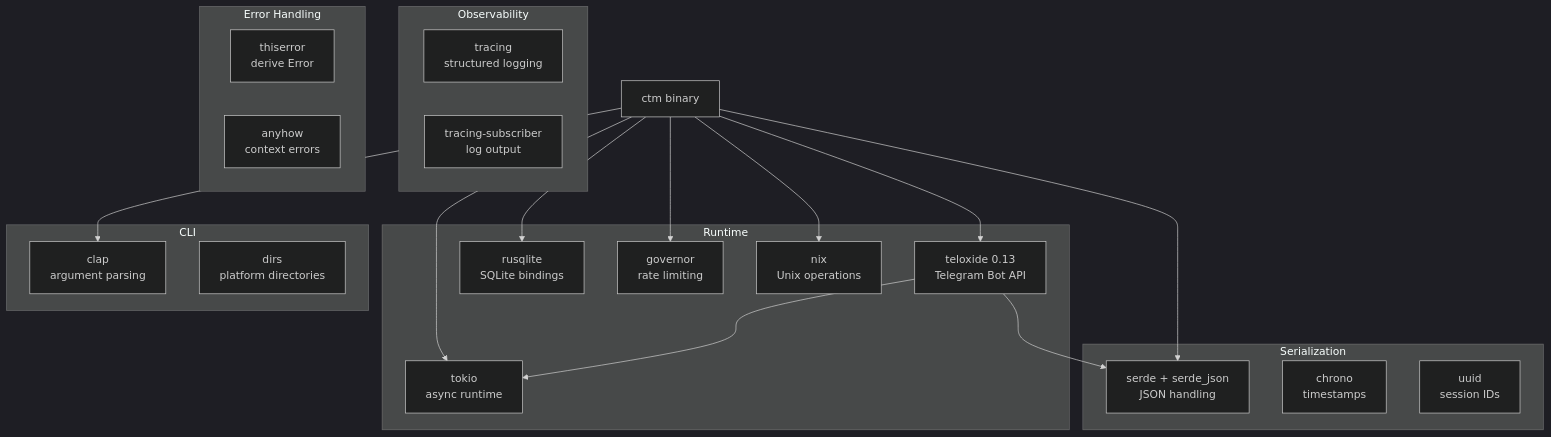
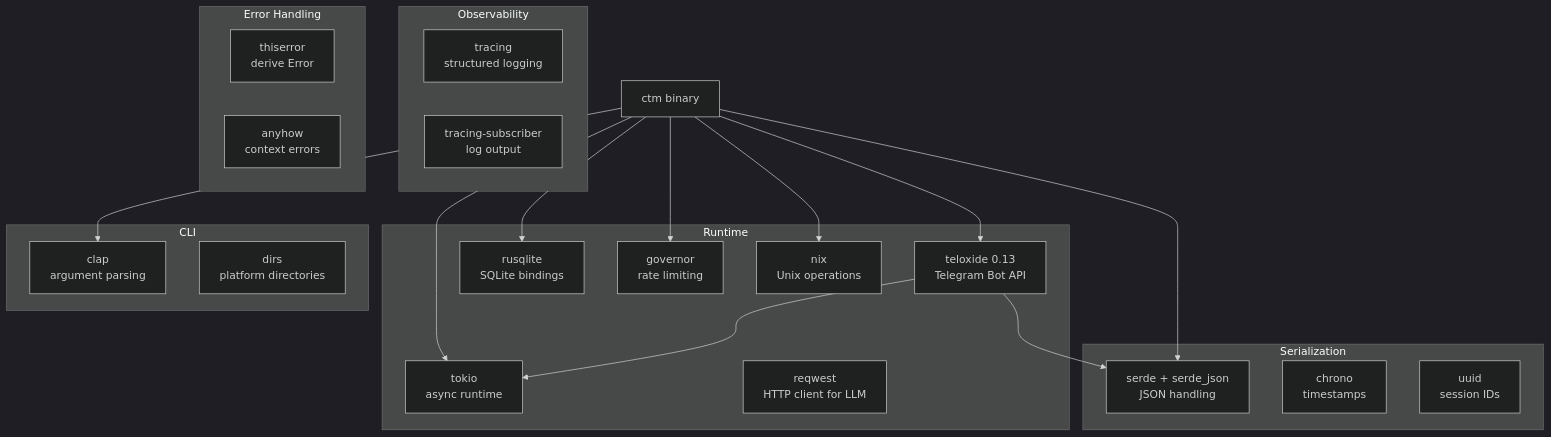
The first of 3 diagrams in docs/DEVELOPMENT.md (robertelee78/claude-telegram-mirror), drawn with Mermaid (dark theme) before and after one commit. The commit also changed other lines of this file and 2 other files, not shown here.

First line of the commit message:
docs: Update for human-readable tool summaries and LLM fallback

````diff
--- a/docs/DEVELOPMENT.md
+++ b/docs/DEVELOPMENT.md
@@ -93,42 +94,43 @@
 ```mermaid
 graph TB
     subgraph "Runtime"
         TOKIO[tokio<br/>async runtime]
         TELOXIDE[teloxide 0.13<br/>Telegram Bot API]
         RUSQLITE[rusqlite<br/>SQLite bindings]
         GOVERNOR[governor<br/>rate limiting]
         NIX[nix<br/>Unix operations]
+        REQWEST[reqwest<br/>HTTP client for LLM]
     end
 
     subgraph "Serialization"
         SERDE[serde + serde_json<br/>JSON handling]
         CHRONO[chrono<br/>timestamps]
         UUID[uuid<br/>session IDs]
     end
 
     subgraph "CLI"
         CLAP[clap<br/>argument parsing]
         DIRS[dirs<br/>platform directories]
     end
 
     subgraph "Observability"
         TRACING[tracing<br/>structured logging]
         TRACING_SUB[tracing-subscriber<br/>log output]
     end
 
     subgraph "Error Handling"
         THISERROR[thiserror<br/>derive Error]
         ANYHOW[anyhow<br/>context errors]
     end
 
     CTM[ctm binary] --> TOKIO
     CTM --> TELOXIDE
     CTM --> RUSQLITE
     CTM --> GOVERNOR
     CTM --> NIX
     CTM --> SERDE
     CTM --> CLAP
 
     TELOXIDE --> TOKIO
     TELOXIDE --> SERDE
 ```
````
